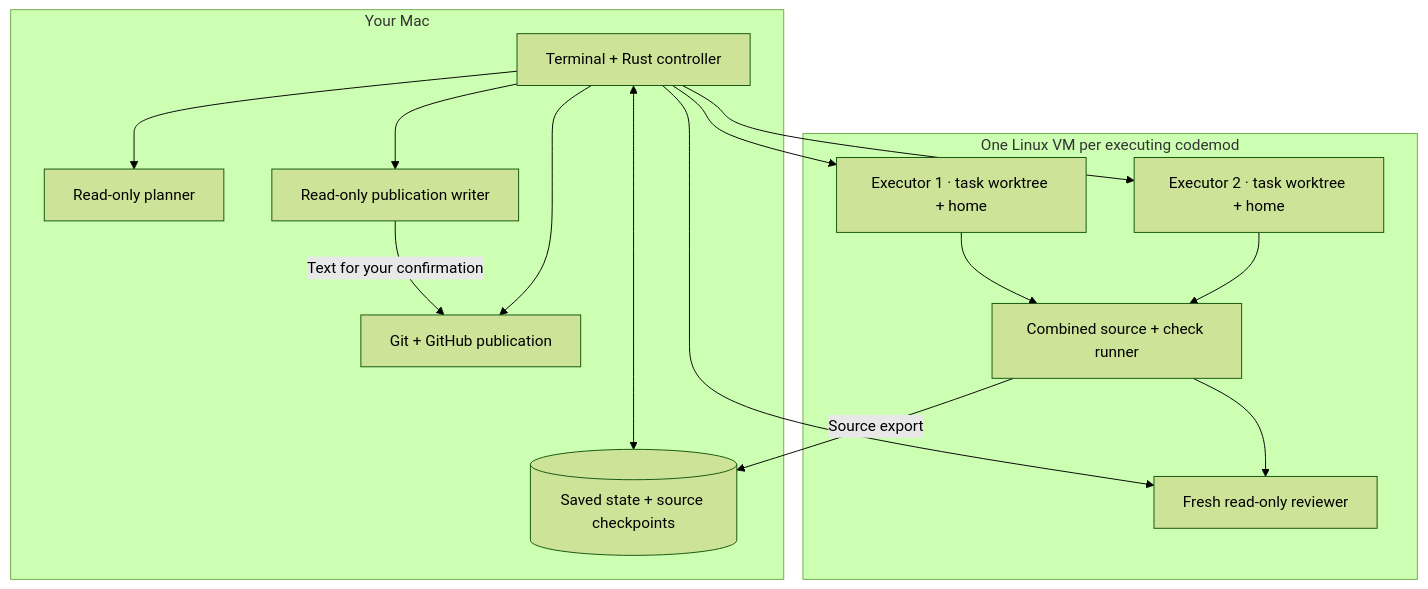
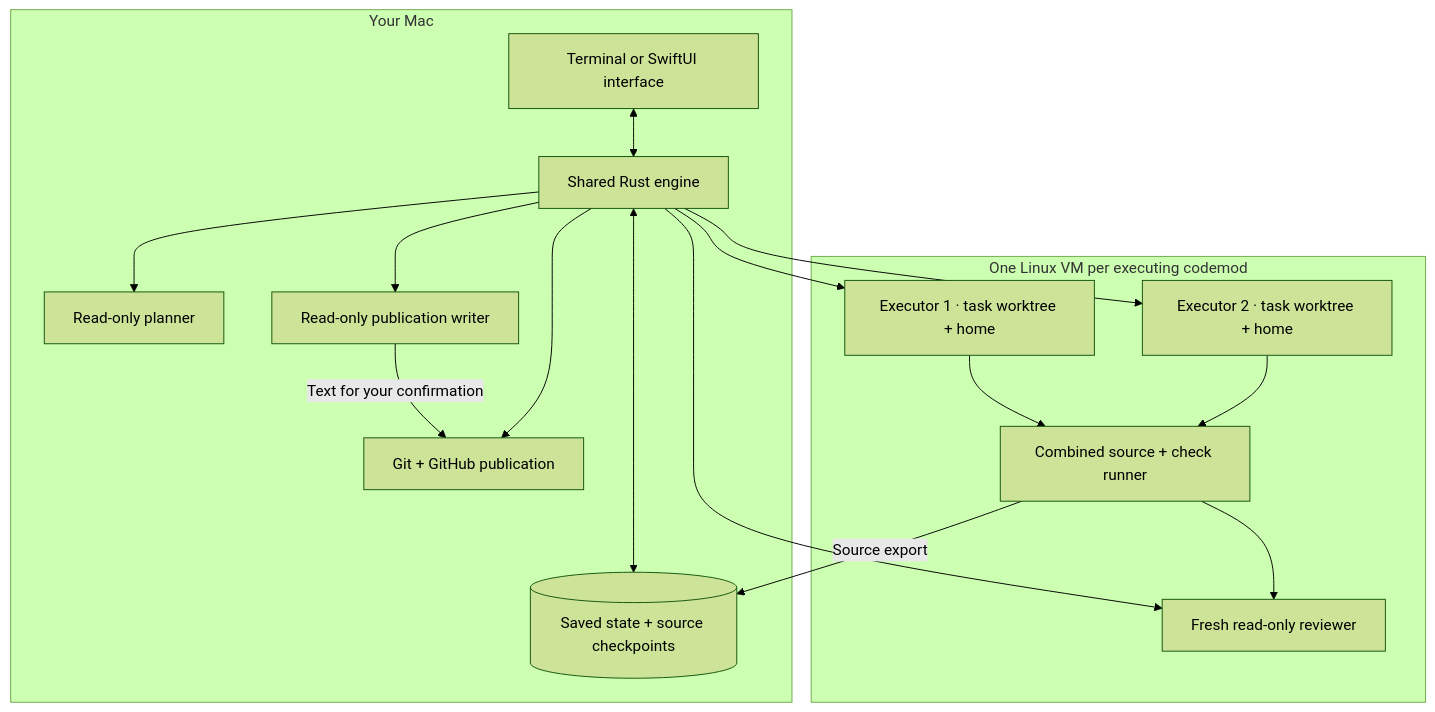
The first of 2 diagrams in docs/architecture.md (minimumeffort-dev/sprowt.harness), drawn with Mermaid (forest theme) before and after one commit. The commit also changed other lines of this file and 50 other files, not shown here.

Commit message:
Add a native SwiftUI app backed by the shared Rust engine

````diff
--- a/docs/architecture.md
+++ b/docs/architecture.md
@@ -9,28 +9,30 @@
 ```mermaid
 flowchart TB
     subgraph host["Your Mac"]
-        ui["Terminal + Rust controller"]
+        ui["Terminal or SwiftUI interface"]
+        controller["Shared Rust engine"]
         state[("Saved state + source checkpoints")]
         planner["Read-only planner"]
         writer["Read-only publication writer"]
         git["Git + GitHub publication"]
-        ui <--> state
-        ui --> planner
-        ui --> writer
+        ui <--> controller
+        controller <--> state
+        controller --> planner
+        controller --> writer
         writer -->|"Text for your confirmation"| git
-        ui --> git
+        controller --> git
     end
     subgraph guest["One Linux VM per executing codemod"]
         first["Executor 1 · task worktree + home"]
         second["Executor 2 · task worktree + home"]
         combined["Combined source + check runner"]
         reviewer["Fresh read-only reviewer"]
         first --> combined
         second --> combined
         combined --> reviewer
     end
-    ui --> first
-    ui --> second
-    ui --> reviewer
+    controller --> first
+    controller --> second
+    controller --> reviewer
     combined -->|"Source export"| state
 ```
````
